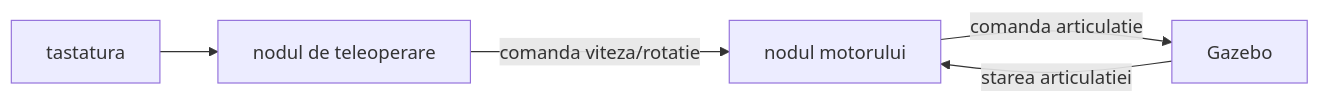
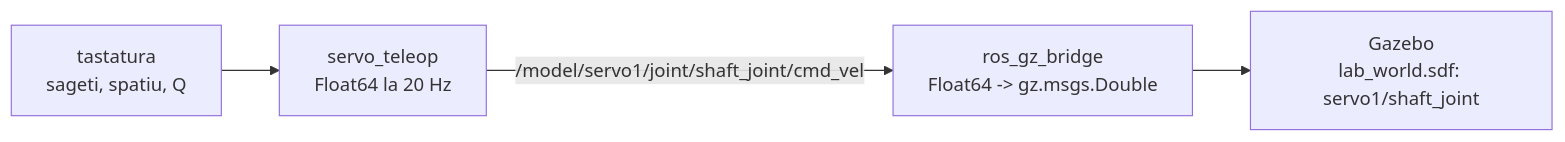
The diagram in servo_control/README.md (alexandru-tech-web/ROS2), drawn with Mermaid before and after one commit. The commit also changed other lines of this file and 5 other files, not shown here.

````diff
--- a/servo_control/README.md
+++ b/servo_control/README.md
@@ -10,7 +10,6 @@
 ```mermaid
 graph LR
-    KB[tastatura] --> TN[nodul de teleoperare]
-    TN -- comanda viteza/rotatie --> SN[nodul motorului]
-    SN -- comanda articulatie --> GZ[Gazebo]
-    GZ -- starea articulatiei --> SN
+    KB[tastatura<br/>sageti, spatiu, Q] --> ST[servo_teleop<br/>Float64 la 20 Hz]
+    ST -- "/model/servo1/joint/shaft_joint/cmd_vel" --> BR[ros_gz_bridge<br/>Float64 -> gz.msgs.Double]
+    BR --> GZ[Gazebo<br/>lab_world.sdf: servo1/shaft_joint]
 ```
````
